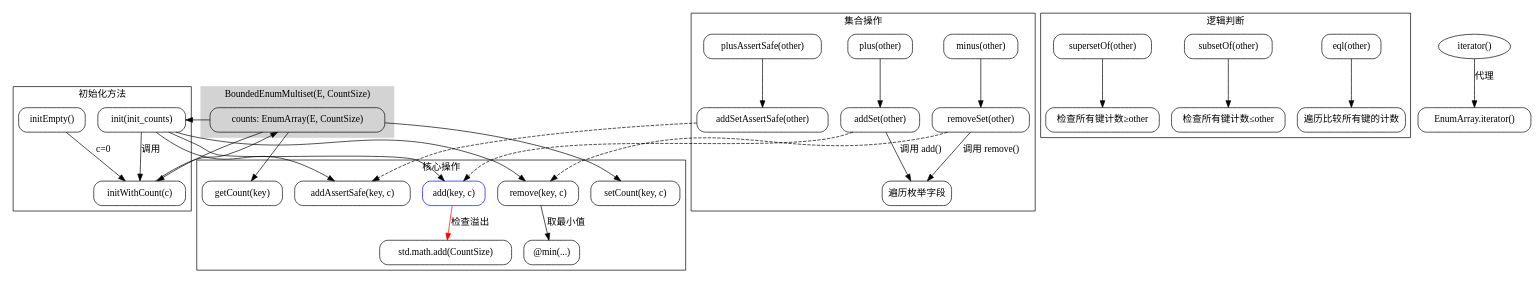
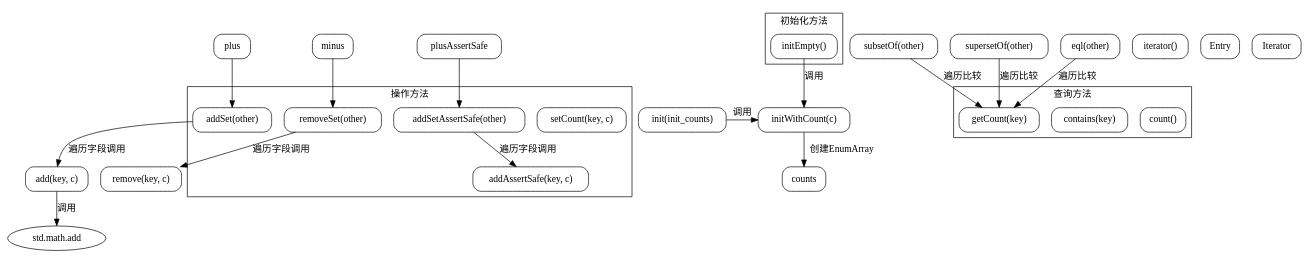
The diagram in dot_std/enums.zig.BoundedEnumMultiset.md (sdzx-1/deepseek-zig-reader), drawn with Graphviz before and after one commit. The commit also changed other lines of this file and 236 other files, not shown here.

Commit message:
update dot_std

````diff
--- a/dot_std/enums.zig.BoundedEnumMultiset.md
+++ b/dot_std/enums.zig.BoundedEnumMultiset.md
@@ -19,82 +25,68 @@
-```graphviz
+```dot
 digraph BoundedEnumMultiset {
     rankdir="TB";
     node [shape=rectangle, style="rounded"];
 
-    // 主结构体
-    subgraph cluster_struct {
-        label="BoundedEnumMultiset(E, CountSize)";
-        style=filled;
-        color=lightgrey;
-
-        counts [label="counts: EnumArray(E, CountSize)"];
-    }
-
-    // 初始化方法
+    // 初始化相关方法
     subgraph cluster_init {
         label="初始化方法";
         init [label="init(init_counts)"];
         initEmpty [label="initEmpty()"];
         initWithCount [label="initWithCount(c)"];
-
         init -> initWithCount [label="调用"];
-        initEmpty -> initWithCount [label="c=0"];
+        initEmpty -> initWithCount [label="调用"];
     }
 
-    // 核心操作
-    subgraph cluster_ops {
-        label="核心操作";
+    // 核心操作方法
+    subgraph cluster_operations {
+        label="操作方法";
         addAssertSafe [label="addAssertSafe(key, c)"];
-        add [label="add(key, c)", color=blue];
+        add [label="add(key, c)"];
         remove [label="remove(key, c)"];
-        getCount [label="getCount(key)"];
         setCount [label="setCount(key, c)"];
-
-        add -> "std.math.add(CountSize)" [label="检查溢出", color=red];
-        remove -> "@min(...)" [label="取最小值"];
-    }
-
-    // 集合操作
-    subgraph cluster_set_ops {
-        label="集合操作";
         addSetAssertSafe [label="addSetAssertSafe(other)"];
         addSet [label="addSet(other)"];
         removeSet [label="removeSet(other)"];
-        plusAssertSafe [label="plusAssertSafe(other)"];
-        plus [label="plus(other)"];
-        minus [label="minus(other)"];
-
-        addSet -> "遍历枚举字段" [label="调用 add()"];
-        removeSet -> "遍历枚举字段" [label="调用 remove()"];
-        plusAssertSafe -> addSetAssertSafe;
-        plus -> addSet;
-        minus -> removeSet;
     }
 
-    // 逻辑判断
-    subgraph cluster_logic {
-        label="逻辑判断";
+    // 查询方法
+    subgraph cluster_query {
+        label="查询方法";
+        count [label="count()"];
+        contains [label="contains(key)"];
+        getCount [label="getCount(key)"];
         eql [label="eql(other)"];
         subsetOf [label="subsetOf(other)"];
         supersetOf [label="supersetOf(other)"];
-
-        eql -> "遍历比较所有键的计数";
-        subsetOf -> "检查所有键计数≤other";
-        supersetOf -> "检查所有键计数≥other";
     }
 
-    // 迭代器
-    iterator [label="iterator()", shape=ellipse];
+    // 迭代器与辅助
+    iterator [label="iterator()"];
+    Entry [label="Entry"];
+    Iterator [label="Iterator"];
 
-    // 主结构体连接方法
-    counts -> {init, initWithCount, getCount, setCount};
-    init -> {addAssertSafe, add, remove};
-    initWithCount -> counts;
+    // 核心流程连接
+    init -> addAssertSafe [style=invis]; // 仅用于布局
+    initWithCount -> counts [label="创建EnumArray"];
+
+    // 方法间调用关系
+    addSetAssertSafe -> addAssertSafe [label="遍历字段调用"];
+    addSet -> add [label="遍历字段调用"];
+    removeSet -> remove [label="遍历字段调用"];
+    eql -> getCount [label="遍历比较"];
+    subsetOf -> getCount [label="遍历比较"];
+    supersetOf -> getCount [label="遍历比较"];
+    plusAssertSafe -> addSetAssertSafe;
+    plus -> addSet;
+    minus -> removeSet;
+
+    // 错误处理分支
+    add -> std_math_add [label="调用", shape=diamond];
+    std_math_add [label="std.math.add", shape=ellipse];
 
     // 跨子图连接
-    addSetAssertSafe -> addAssertSafe [style=dashed];
-    addSet -> add [style=dashed];
-    removeSet -> remove [style=dashed];
-    iterator -> "EnumArray.iterator()" [label="代理"];
+    {rank=same; init; initWithCount;}
+    {rank=same; add; remove;}
+    {rank=same; eql; subsetOf; supersetOf;}
 }
 ``` 
````
